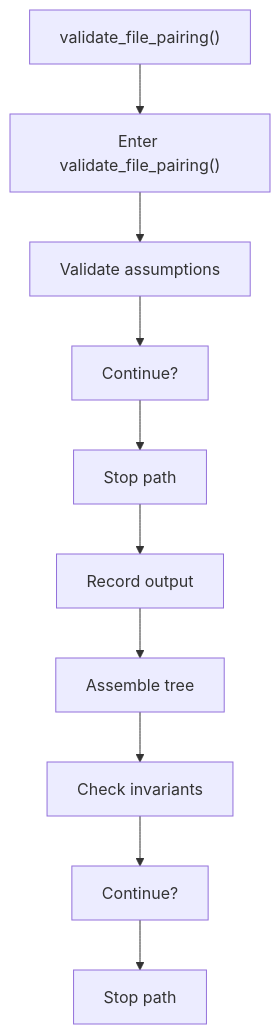
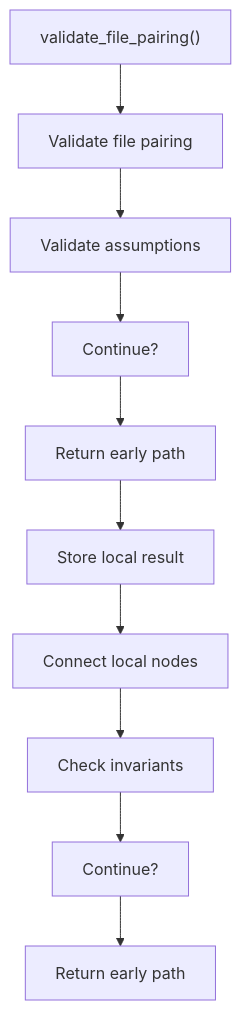
One commit to JohnAndrewBalbarosa/NeoTerritory changed the first of 2 diagrams in docs/Codebase/Microservice/Modules/Source/OutputGeneration/UnitTestGeneration/validate_file_pairing.cpp.md. Above: the diagram before and after it, drawn with Mermaid. The commit also changed other lines of this file and 925 other files, not shown here.

````diff
--- a/docs/Codebase/Microservice/Modules/Source/OutputGeneration/UnitTestGeneration/validate_file_pairing.cpp.md
+++ b/docs/Codebase/Microservice/Modules/Source/OutputGeneration/UnitTestGeneration/validate_file_pairing.cpp.md
@@ -28,22 +28,22 @@
 ```mermaid
 flowchart TD
     N0["validate_file_pairing()"]
-    N1["Enter validate_file_pairing()"]
+    N1["Validate file pairing"]
     N2["Validate assumptions"]
     N3["Continue?"]
-    N4["Stop path"]
-    N5["Record output"]
-    N6["Assemble tree"]
+    N4["Return early path"]
+    N5["Store local result"]
+    N6["Connect local nodes"]
     N7["Check invariants"]
     N8["Continue?"]
-    N9["Stop path"]
+    N9["Return early path"]
     N0 --> N1
     N1 --> N2
     N2 --> N3
     N3 --> N4
     N4 --> N5
     N5 --> N6
     N6 --> N7
     N7 --> N8
     N8 --> N9
 ```
````
